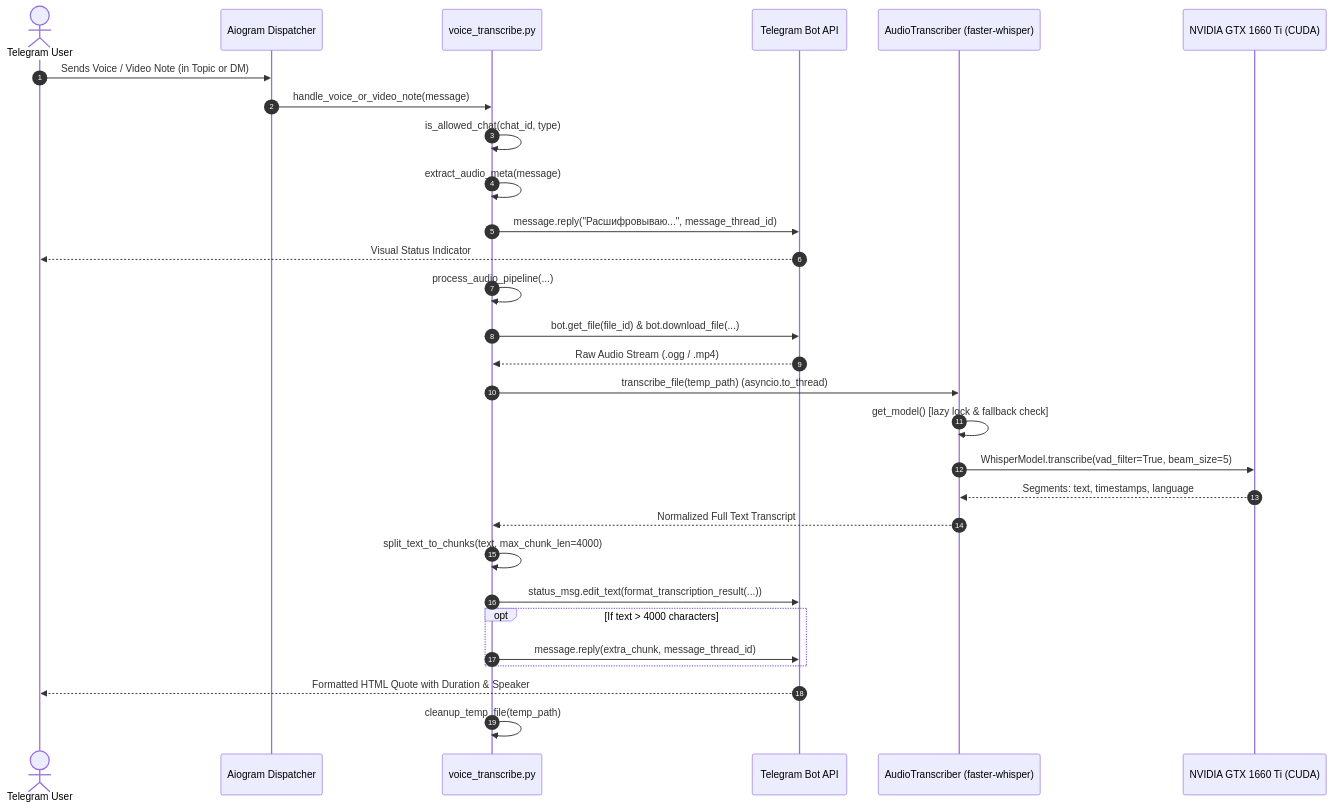
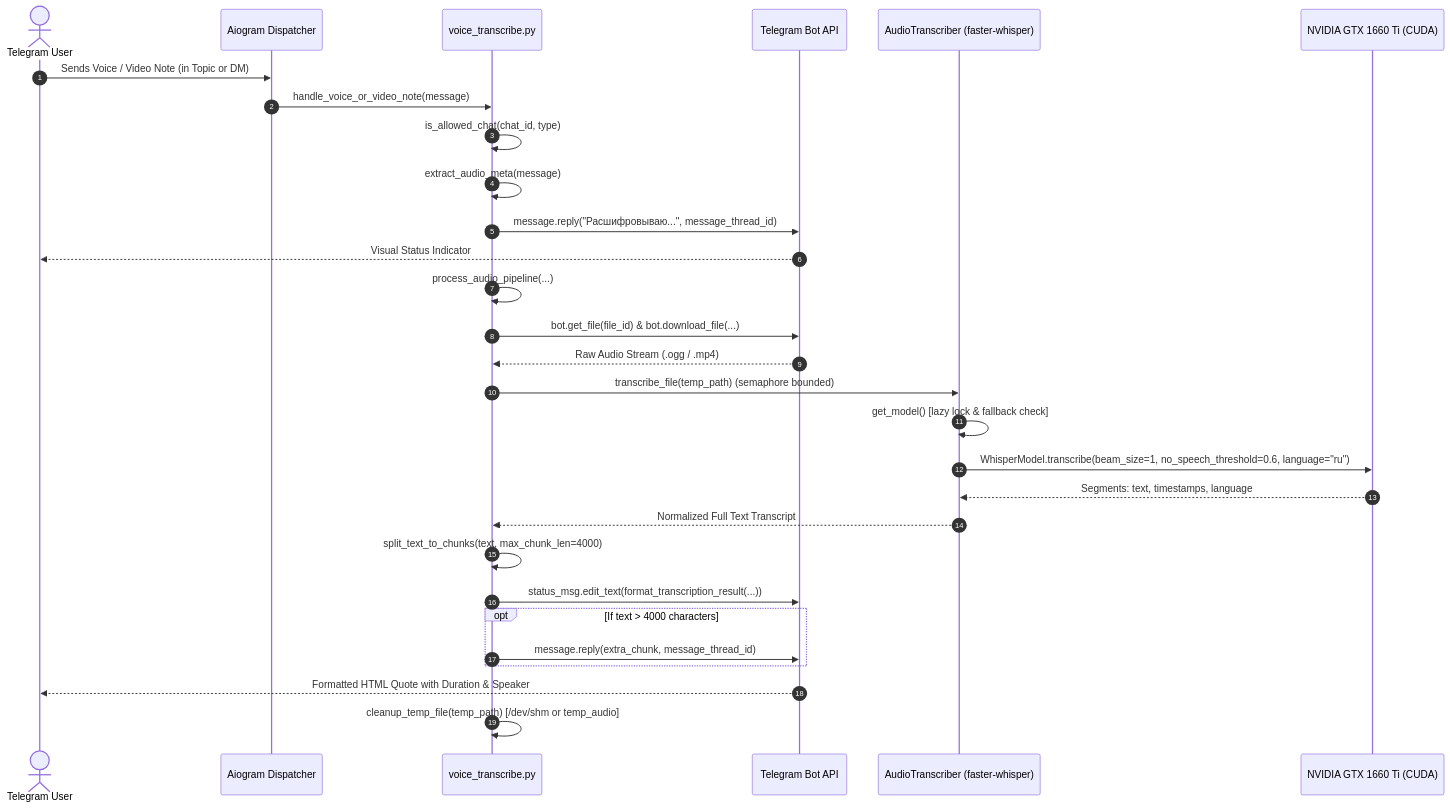
Diagram 23 of 34 in docs/UML.md (Utkautka1/para), drawn with Mermaid before and after one commit. The commit also changed other lines of this file and 9 other files, not shown here.

First line of the commit message:
perf(stt): устранить узкие горлышки транскрибации, сборки Docker и галлюцинации Whisper

````diff
--- a/docs/UML.md
+++ b/docs/UML.md
@@ -1627,35 +1627,35 @@
 ```mermaid
 sequenceDiagram
     autonumber
     actor User as Telegram User
     participant Bot as Aiogram Dispatcher
     participant Handler as voice_transcribe.py
     participant TG as Telegram Bot API
     participant STT as AudioTranscriber (faster-whisper)
     participant GPU as NVIDIA GTX 1660 Ti (CUDA)
 
     User->>Bot: Sends Voice / Video Note (in Topic or DM)
     Bot->>Handler: handle_voice_or_video_note(message)
     Handler->>Handler: is_allowed_chat(chat_id, type)
     Handler->>Handler: extract_audio_meta(message)
     Handler->>TG: message.reply("Расшифровываю...", message_thread_id)
     TG-->>User: Visual Status Indicator
 
     Handler->>Handler: process_audio_pipeline(...)
     Handler->>TG: bot.get_file(file_id) & bot.download_file(...)
     TG-->>Handler: Raw Audio Stream (.ogg / .mp4)
 
-    Handler->>STT: transcribe_file(temp_path) (asyncio.to_thread)
+    Handler->>STT: transcribe_file(temp_path) (semaphore bounded)
     STT->>STT: get_model() [lazy lock & fallback check]
-    STT->>GPU: WhisperModel.transcribe(vad_filter=True, beam_size=5)
+    STT->>GPU: WhisperModel.transcribe(beam_size=1, no_speech_threshold=0.6, language="ru")
     GPU-->>STT: Segments: text, timestamps, language
     STT-->>Handler: Normalized Full Text Transcript
 
     Handler->>Handler: split_text_to_chunks(text, max_chunk_len=4000)
     Handler->>TG: status_msg.edit_text(format_transcription_result(...))
     opt If text > 4000 characters
         Handler->>TG: message.reply(extra_chunk, message_thread_id)
     end
     TG-->>User: Formatted HTML Quote with Duration & Speaker
-    Handler->>Handler: cleanup_temp_file(temp_path)
+    Handler->>Handler: cleanup_temp_file(temp_path) [/dev/shm or temp_audio]
 ```
````
